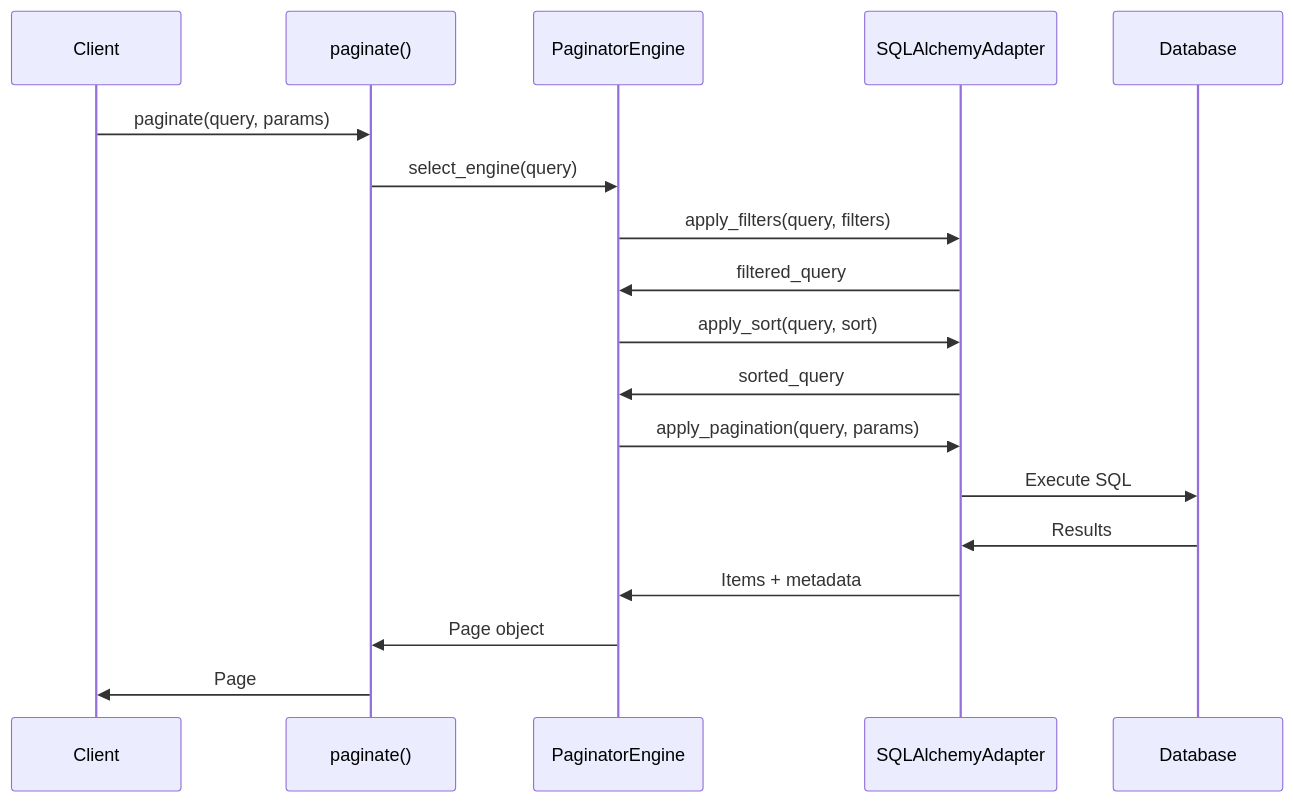
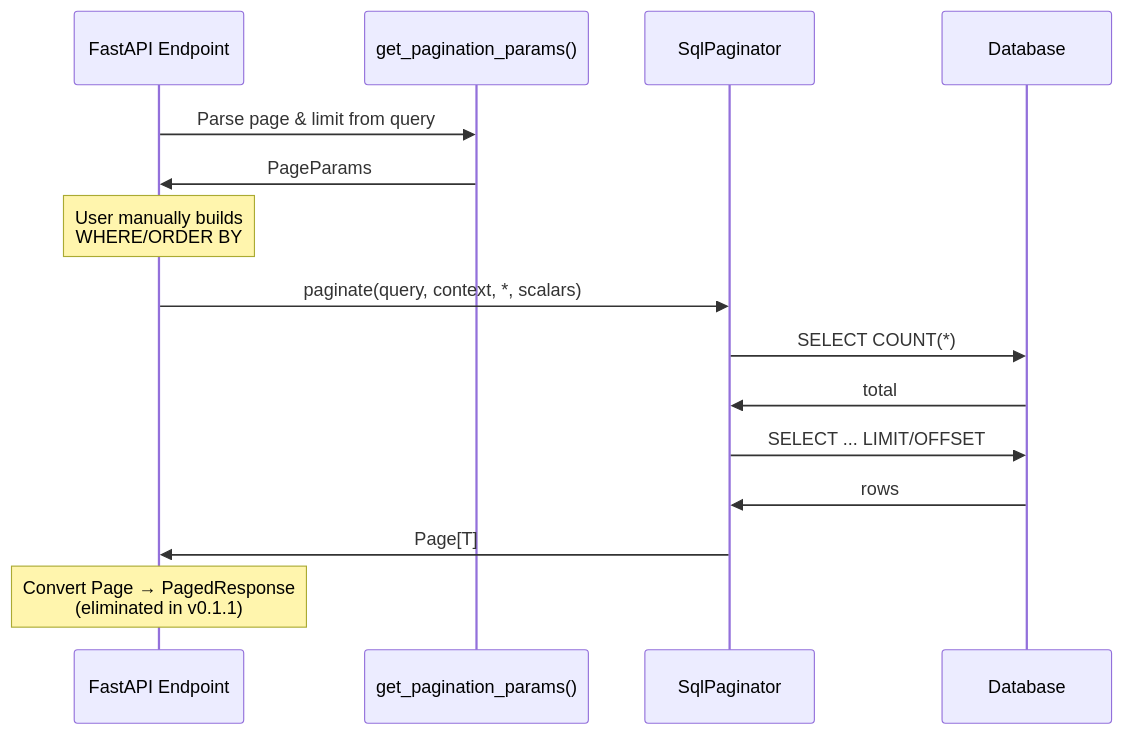
Before and after one commit to CybLow/paginate: the fourth of 9 diagrams in docs/concepts/architecture.md, drawn with Mermaid. The commit also changed other lines of this file and 196 other files, not shown here.

````diff
--- a/docs/concepts/architecture.md
+++ b/docs/concepts/architecture.md
@@ -215,21 +337,21 @@
-```mermaid
+```{mermaid}
 sequenceDiagram
-    participant Client
-    participant API as paginate()
-    participant Engine as PaginatorEngine
-    participant Adapter as SQLAlchemyAdapter
+    participant Client as FastAPI Endpoint
+    participant Params as get_pagination_params()
+    participant Paginator as SqlPaginator
     participant DB as Database
-    
-    Client->>API: paginate(query, params)
-    API->>Engine: select_engine(query)
-    Engine->>Adapter: apply_filters(query, filters)
-    Adapter->>Engine: filtered_query
-    Engine->>Adapter: apply_sort(query, sort)
-    Adapter->>Engine: sorted_query
-    Engine->>Adapter: apply_pagination(query, params)
-    Adapter->>DB: Execute SQL
-    DB->>Adapter: Results
-    Adapter->>Engine: Items + metadata
-    Engine->>API: Page object
-    API->>Client: Page
+
+    Client->>Params: Parse page & limit from query
+    Params->>Client: PageParams
+
+    Note over Client: User manually builds<br/>WHERE/ORDER BY
+
+    Client->>Paginator: paginate(query, context, *, scalars)
+    Paginator->>DB: SELECT COUNT(*)
+    DB->>Paginator: total
+    Paginator->>DB: SELECT ... LIMIT/OFFSET
+    DB->>Paginator: rows
+    Paginator->>Client: Page[T]
+
+    Note over Client: Convert Page → PagedResponse<br/>(eliminated in v0.1.1)
 ```
````
